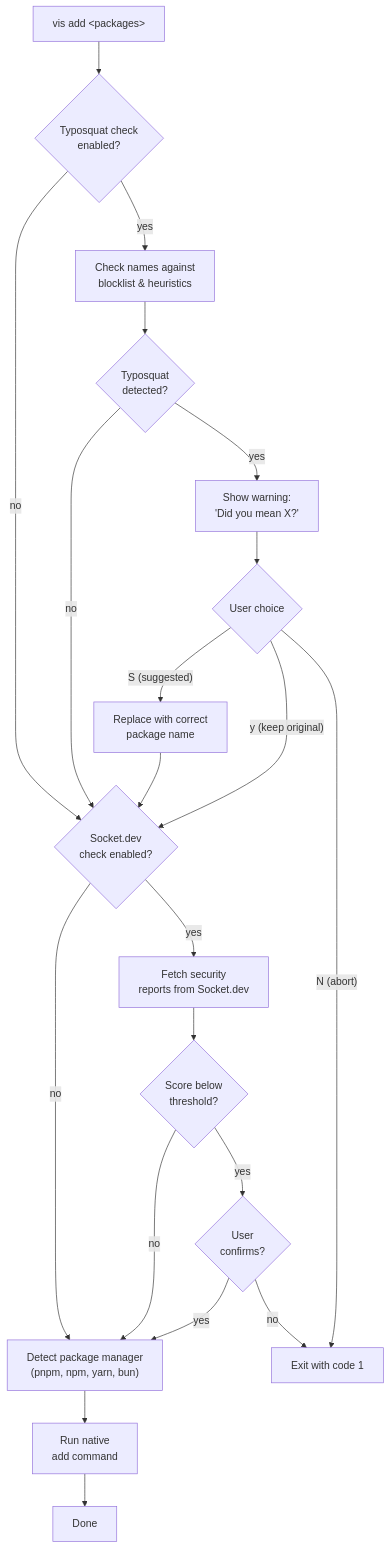
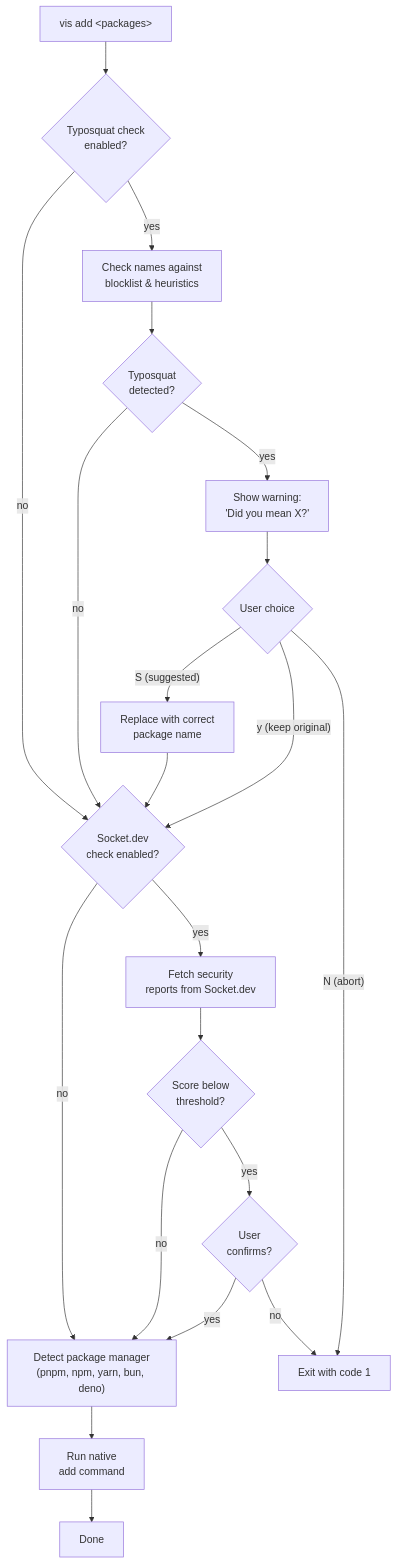
One commit to visulima/vis changed the diagram in packages/tooling/vis/docs/commands/add.mdx. Above: the diagram before and after it, drawn with Mermaid. The commit also changed other lines of this file and 30 other files, not shown here.

First line of the commit message:
feat(vis): add deno as first-class package manager + --auto-install-peers

````diff
--- a/packages/tooling/vis/docs/commands/add.mdx
+++ b/packages/tooling/vis/docs/commands/add.mdx
@@ -56,23 +60,23 @@
 ```mermaid
 flowchart TD
     A["vis add &lt;packages&gt;"] --> B{Typosquat check\nenabled?}
     B -- no --> E
     B -- yes --> C["Check names against\nblocklist & heuristics"]
     C --> D{Typosquat\ndetected?}
     D -- no --> E{Socket.dev\ncheck enabled?}
     D -- yes --> P["Show warning:\n'Did you mean X?'"]
     P --> Q{User choice}
     Q -- "S (suggested)" --> R["Replace with correct\npackage name"]
     R --> E
     Q -- "y (keep original)" --> E
     Q -- "N (abort)" --> Z["Exit with code 1"]
     E -- no --> G
     E -- yes --> F["Fetch security\nreports from Socket.dev"]
     F --> H{Score below\nthreshold?}
-    H -- no --> G["Detect package manager\n(pnpm, npm, yarn, bun)"]
+    H -- no --> G["Detect package manager\n(pnpm, npm, yarn, bun, deno)"]
     H -- yes --> I{User\nconfirms?}
     I -- yes --> G
     I -- no --> Z
     G --> J["Run native\nadd command"]
     J --> K["Done"]
 ```
````
